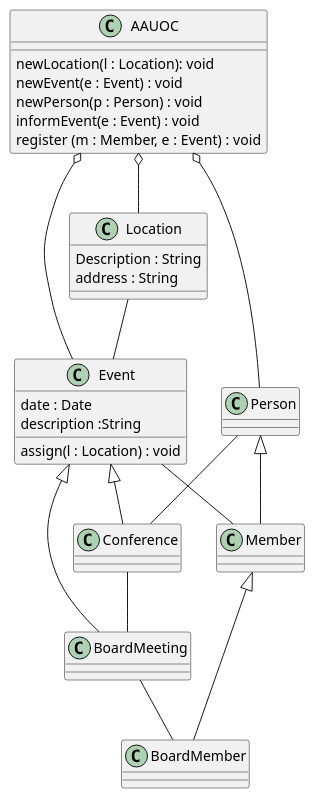
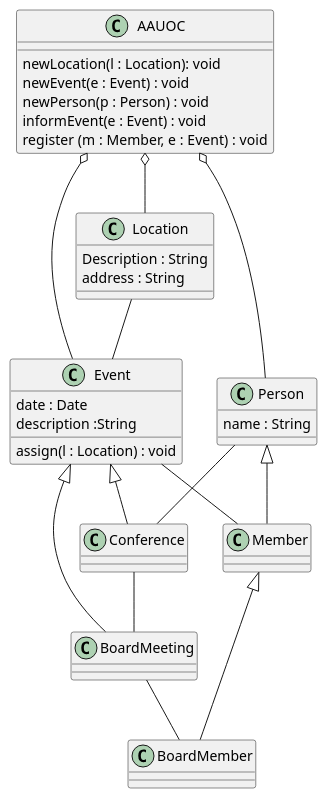
The diagram in src/UOC.puml (DaniJorCa/UMLDanielJordanCarre-o), drawn with PlantUML before and after one commit.

Commit message:
Atributos Person

```diff
--- a/src/UOC.puml
+++ b/src/UOC.puml
@@ -1,41 +1,44 @@
 @startuml
 
 
 Conference -- BoardMeeting
 Event <|-- Conference
 Event <|-- BoardMeeting
 
 Person <|-- Member
 Member <|-- BoardMember
 
 Person -- Conference
 BoardMeeting -- BoardMember
 Event -- Member
 Location -- Event
 
 AAUOC o-- Person
 AAUOC o-- Event
 AAUOC o-- Location
 
 class AAUOC{
 newLocation(l : Location): void
 newEvent(e : Event) : void
 newPerson(p : Person) : void
 informEvent(e : Event) : void
 register (m : Member, e : Event) : void
 }
 
 class Location{
 Description : String
 address : String
 }
 
 class Event{
 date : Date
 description :String
 assign(l : Location) : void
+}
 
+class Person{
+name : String
 }
 
 
 @enduml
```
